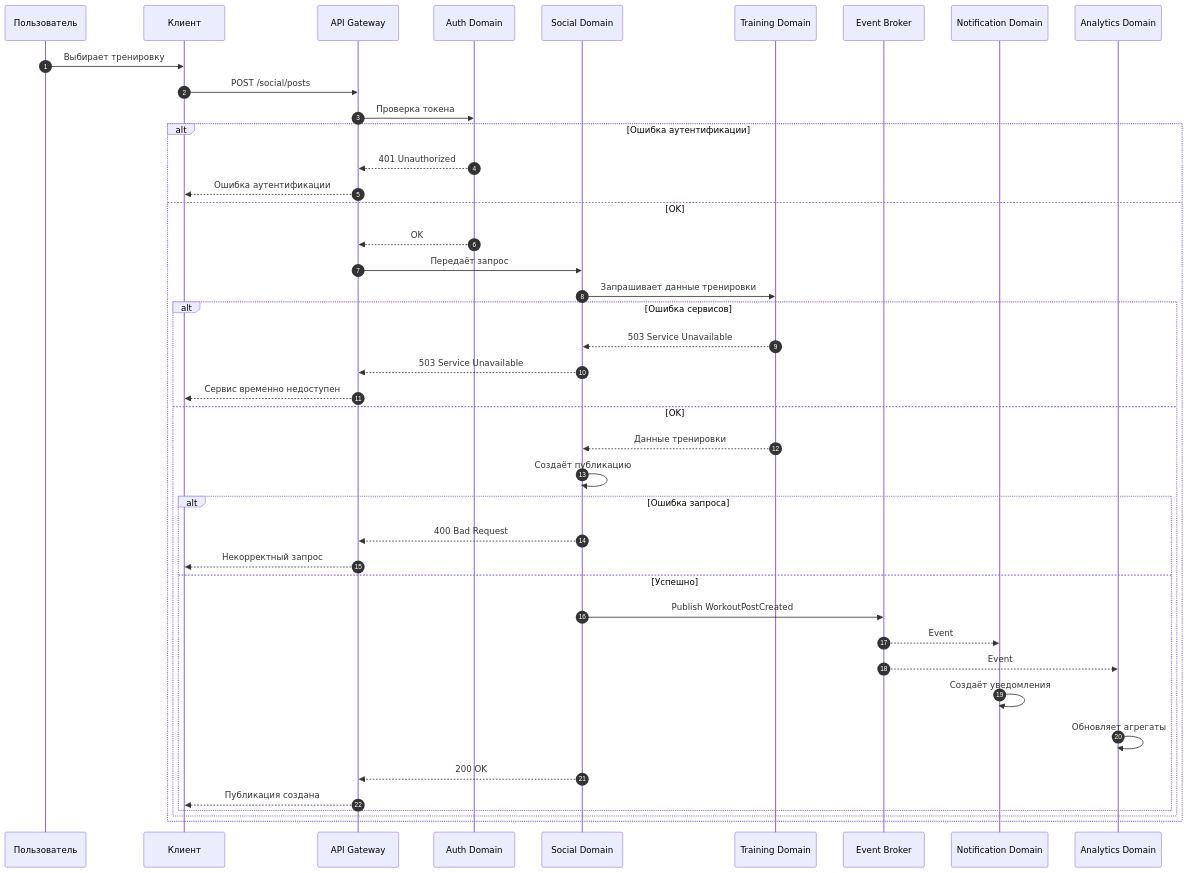
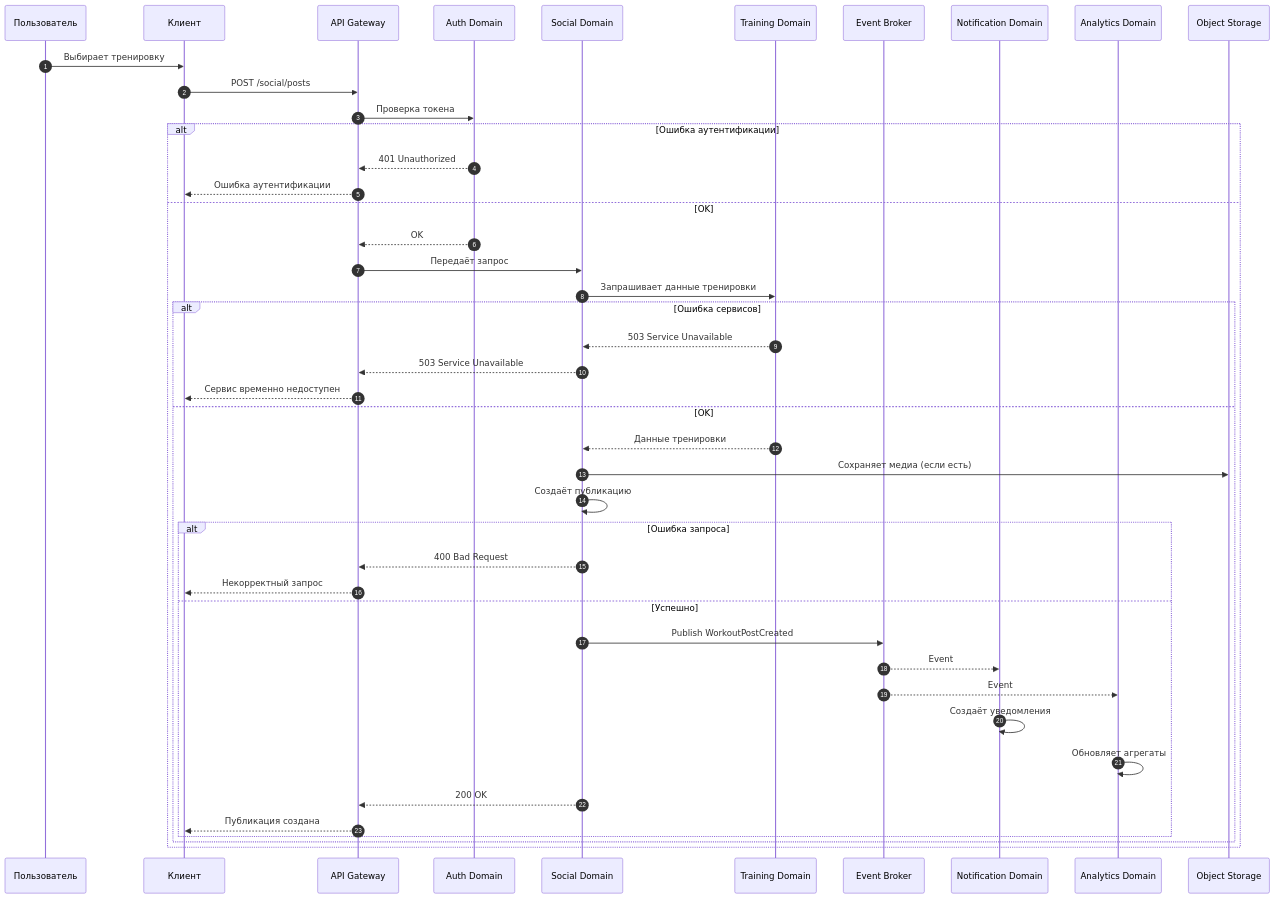
The diagram in 07-use-cases/03-social-post.md (HiddenFox29/Athletica), drawn with Mermaid before and after one commit. The commit also changed other lines of this file and 2 other files, not shown here.

````diff
--- a/07-use-cases/03-social-post.md
+++ b/07-use-cases/03-social-post.md
@@ -155,49 +158,51 @@
 ```mermaid
 sequenceDiagram
     autonumber
     participant User as Пользователь
     participant Client as Клиент
     participant Gateway as API Gateway
     participant Auth as Auth Domain
     participant Social as Social Domain
     participant Training as Training Domain
     participant Broker as Event Broker
     participant Notification as Notification Domain
     participant Analytics as Analytics Domain
+    participant S3 as Object Storage
 
     User->>Client: Выбирает тренировку
     Client->>Gateway: POST /social/posts
 
     Gateway->>Auth: Проверка токена
     alt Ошибка аутентификации
         Auth-->>Gateway: 401 Unauthorized
         Gateway-->>Client: Ошибка аутентификации
     else OK
         Auth-->>Gateway: OK
         Gateway->>Social: Передаёт запрос
 
         Social->>Training: Запрашивает данные тренировки
 
         alt Ошибка сервисов
             Training-->>Social: 503 Service Unavailable
             Social-->>Gateway: 503 Service Unavailable
             Gateway-->>Client: Сервис временно недоступен
         else OK
             Training-->>Social: Данные тренировки
+            Social->>S3: Сохраняет медиа (если есть)
             Social->>Social: Создаёт публикацию
 
             alt Ошибка запроса
                 Social-->>Gateway: 400 Bad Request
                 Gateway-->>Client: Некорректный запрос
             else Успешно
                 Social->>Broker: Publish WorkoutPostCreated
                 Broker-->>Notification: Event
                 Broker-->>Analytics: Event
                 Notification->>Notification: Создаёт уведомления
                 Analytics->>Analytics: Обновляет агрегаты
                 Social-->>Gateway: 200 OK
                 Gateway-->>Client: Публикация создана
             end
         end
     end
 ```
````
